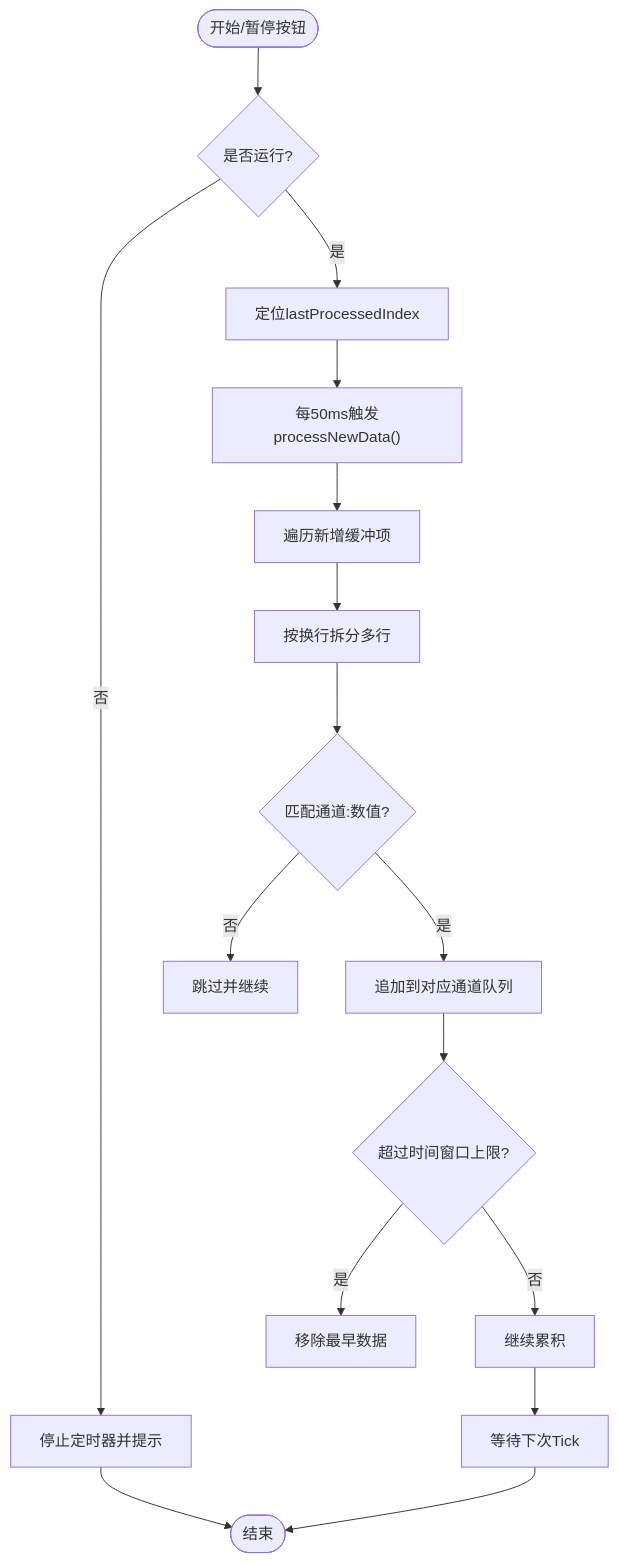
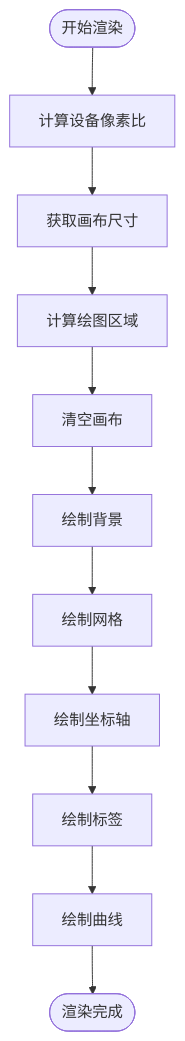
Before and after one commit to elabdlut/KonSerial: the third of 4 diagrams in .qoder/repowiki/zh/content/架构设计/后端架构设计/可视化模块.md, drawn with Mermaid. The commit also changed other lines of this file and 20 other files, not shown here.

````diff
--- a/.qoder/repowiki/zh/content/架构设计/后端架构设计/可视化模块.md
+++ b/.qoder/repowiki/zh/content/架构设计/后端架构设计/可视化模块.md
@@ -160,18 +176,13 @@
 ```mermaid
 flowchart TD
-Start(["开始/暂停按钮"]) --> Running{"是否运行?"}
-Running --> |否| Stop["停止定时器并提示"]
-Running --> |是| Init["定位lastProcessedIndex"]
-Init --> Tick["每50ms触发processNewData()"]
-Tick --> Scan["遍历新增缓冲项"]
-Scan --> Split["按换行拆分多行"]
-Split --> Parse{"匹配通道:数值?"}
-Parse --> |否| Next["跳过并继续"]
-Parse --> |是| Push["追加到对应通道队列"]
-Push --> Limit{"超过时间窗口上限?"}
-Limit --> |是| Shift["移除最早数据"]
-Limit --> |否| Continue["继续累积"]
-Continue --> Done["等待下次Tick"]
-Stop --> End(["结束"])
-Done --> End
+Start(["开始渲染"]) --> DPR["计算设备像素比"]
+DPR --> Size["获取画布尺寸"]
+Size --> Calc["计算绘图区域"]
+Calc --> Clear["清空画布"]
+Clear --> BG["绘制背景"]
+BG --> Grid["绘制网格"]
+Grid --> Axis["绘制坐标轴"]
+Axis --> Labels["绘制标签"]
+Labels --> Curves["绘制曲线"]
+Curves --> End(["渲染完成"])
 ```
````
